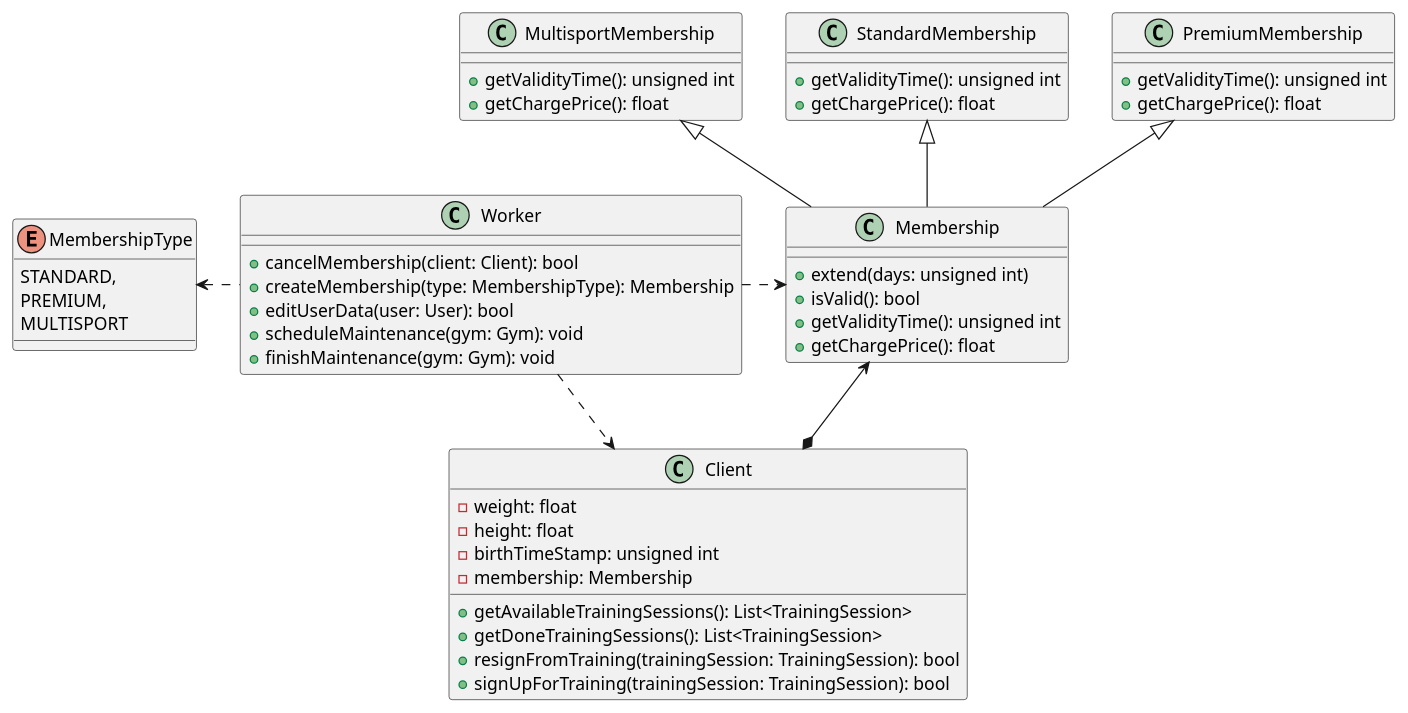
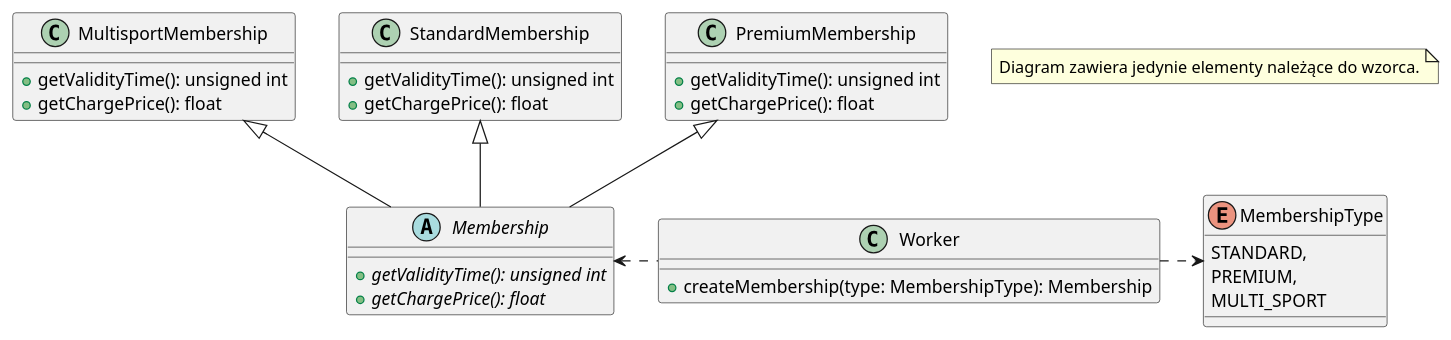
Before and after one commit to filip-stepien/software-engineering-lab: the diagram in src/pattern_diagrams/filip/factory_method_membership.puml, drawn with PlantUML. The commit also changed 15 other files, not shown here.

```diff
--- a/src/pattern_diagrams/filip/factory_method_membership.puml
+++ b/src/pattern_diagrams/filip/factory_method_membership.puml
@@ -1,61 +1,43 @@
 @startuml
+note "Diagram zawiera jedynie elementy należące do wzorca." as n
+
 enum MembershipType {
     STANDARD,
     PREMIUM,
-    MULTISPORT
+    MULTI_SPORT
 }
 
-class Membership {
-    + extend(days: unsigned int)
-    + isValid(): bool
-    + getValidityTime(): unsigned int
-    + getChargePrice(): float
+abstract class Membership {
+    + {abstract} getValidityTime(): unsigned int
+    + {abstract} getChargePrice(): float
 }
 
 class MultisportMembership {
     + getValidityTime(): unsigned int
     + getChargePrice(): float
 }
 
 MultisportMembership <|-- Membership
 
 class StandardMembership {
     + getValidityTime(): unsigned int
     + getChargePrice(): float
 }
 
 StandardMembership <|-- Membership
 
 class PremiumMembership {
     + getValidityTime(): unsigned int
     + getChargePrice(): float
 }
 
 PremiumMembership <|-- Membership
 
-class Client {
-    - weight: float
-    - height: float
-    - birthTimeStamp: unsigned int
-    - membership: Membership
-    + getAvailableTrainingSessions(): List<TrainingSession>
-    + getDoneTrainingSessions(): List<TrainingSession>
-    + resignFromTraining(trainingSession: TrainingSession): bool
-    + signUpForTraining(trainingSession: TrainingSession): bool
+Worker .right.> MembershipType
+
+class Worker {
+    + createMembership(type: MembershipType): Membership
 }
 
-Worker .left.> MembershipType
-
-class Worker {
-    + cancelMembership(client: Client): bool
-    + createMembership(type: MembershipType): Membership
-    + editUserData(user: User): bool
-    + scheduleMaintenance(gym: Gym): void
-    + finishMaintenance(gym: Gym): void
-}
-
-Worker -.> Client
-Worker .> Membership
-
-Membership <--* Client
+Worker .left.> Membership
 @enduml
```
